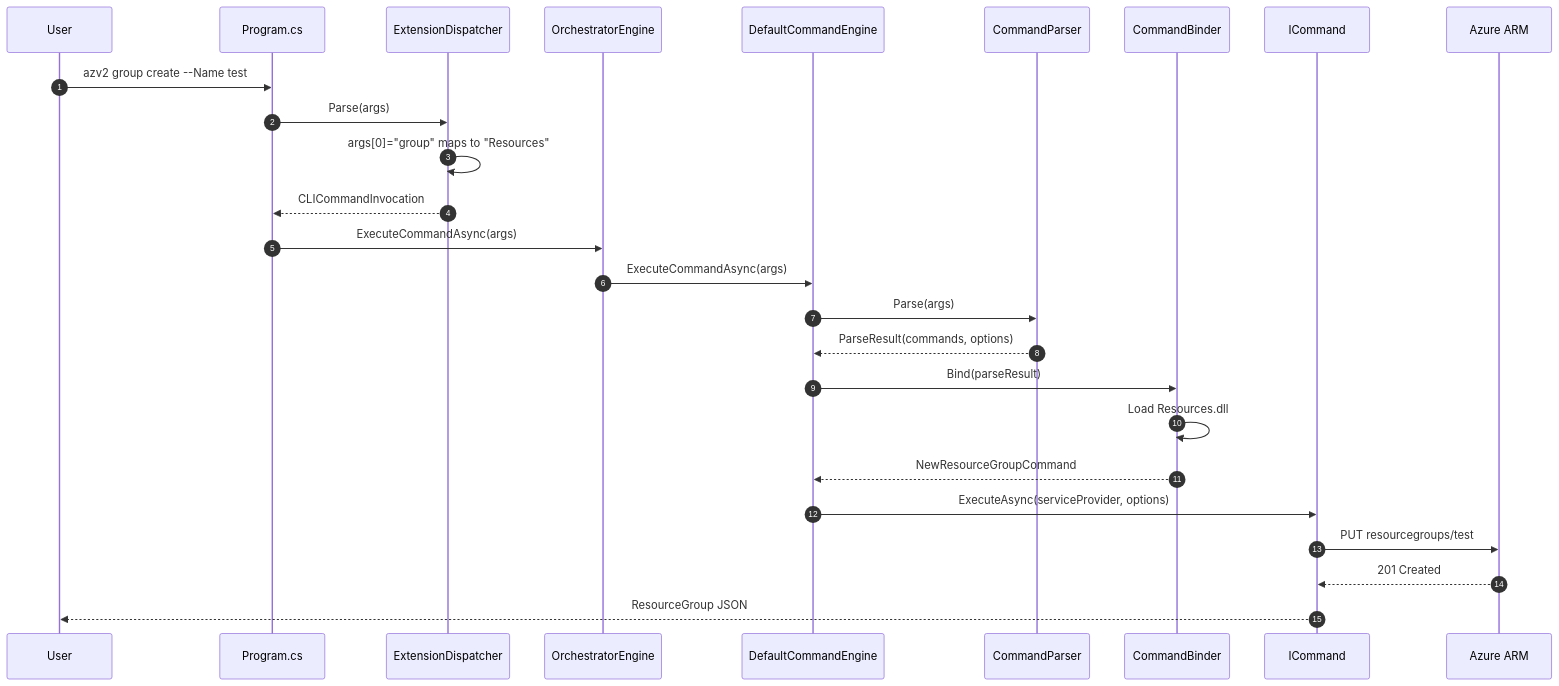
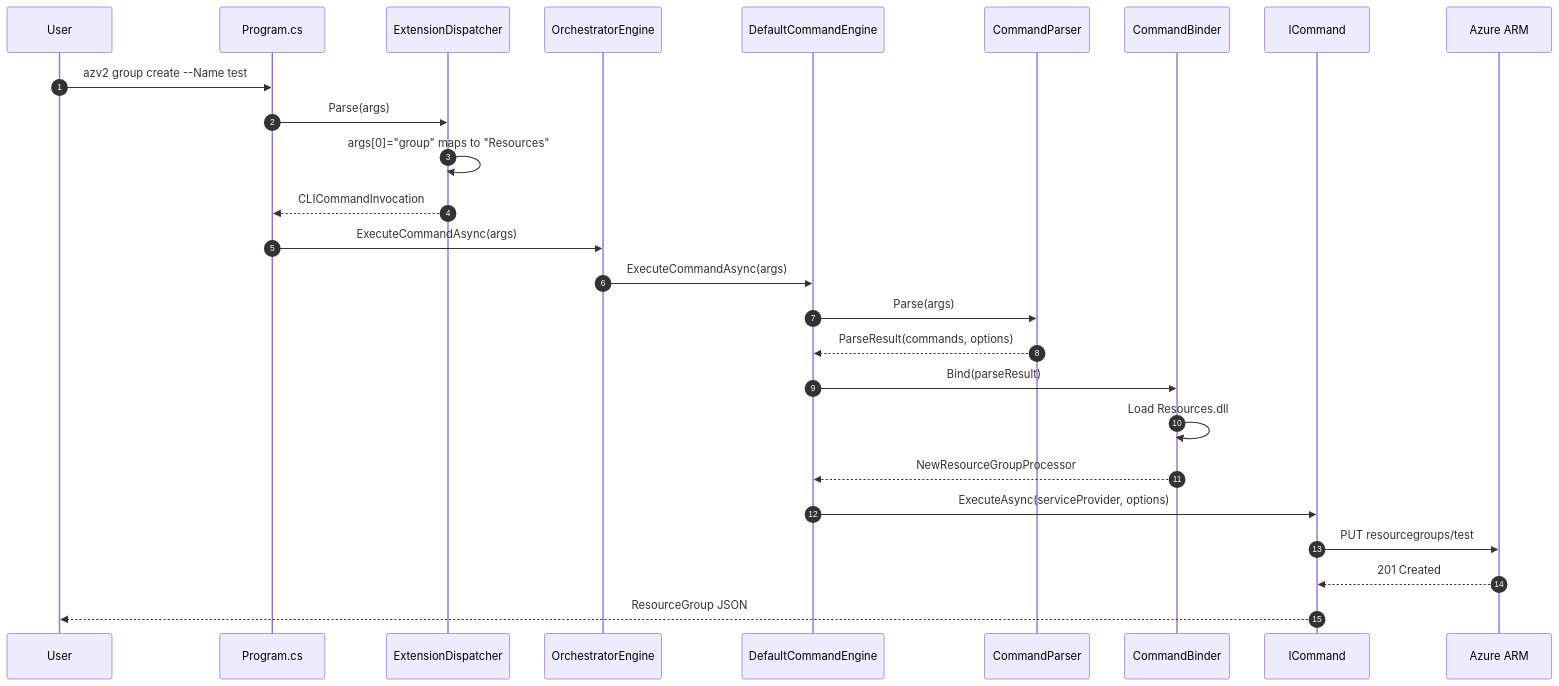
Before and after one commit to Azure/azclips: the fourth of 4 diagrams in wiki/zero-to-hero-guide.md, drawn with Mermaid. The commit also changed other lines of this file and 35 other files, not shown here.

Commit message:
7. Rename classes implemented IProcessor to Processor instead of Command

````diff
--- a/wiki/zero-to-hero-guide.md
+++ b/wiki/zero-to-hero-guide.md
@@ -416,29 +416,29 @@
 ```mermaid
 sequenceDiagram
     autonumber
     participant User
     participant Program as Program.cs
     participant ED as ExtensionDispatcher
     participant OE as OrchestratorEngine
     participant DE as DefaultCommandEngine
     participant CP as CommandParser
     participant CB as CommandBinder
     participant Cmd as ICommand
     participant Azure as Azure ARM
 
     User->>Program: azv2 group create --Name test
     Program->>ED: Parse(args)
     ED->>ED: args[0]="group" maps to "Resources"
     ED-->>Program: CLICommandInvocation
     Program->>OE: ExecuteCommandAsync(args)
     OE->>DE: ExecuteCommandAsync(args)
     DE->>CP: Parse(args)
     CP-->>DE: ParseResult(commands, options)
     DE->>CB: Bind(parseResult)
     CB->>CB: Load Resources.dll
-    CB-->>DE: NewResourceGroupCommand
+    CB-->>DE: NewResourceGroupProcessor
     DE->>Cmd: ExecuteAsync(serviceProvider, options)
     Cmd->>Azure: PUT resourcegroups/test
     Azure-->>Cmd: 201 Created
     Cmd-->>User: ResourceGroup JSON
 ```
````
